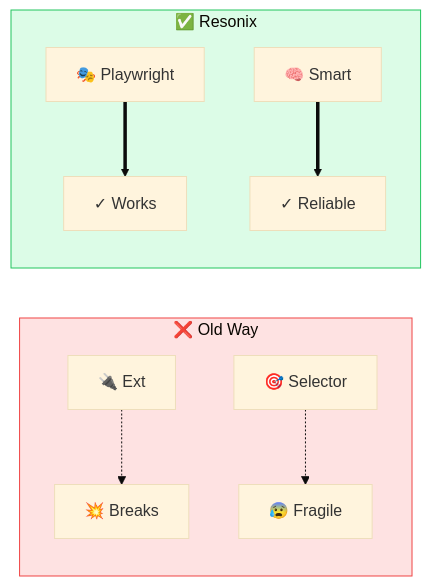
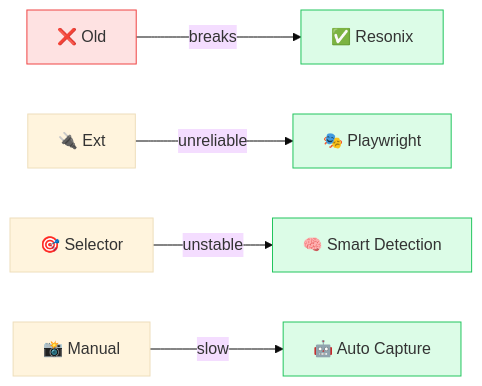
One commit to mangiapanejohn-dev/Resonix-AG changed the third of 5 diagrams in README.md. Above: the diagram before and after it, drawn with Mermaid (base theme). The commit also changed other lines of this file, not shown here.

First line of the commit message:
docs: improve visual design - bigger diagrams, text below, purple theme

````diff
--- a/README.md
+++ b/README.md
@@ -129,13 +92,13 @@
 ```mermaid
 flowchart LR
-    subgraph Old[❌ Old Way]
-        E[🔌 Ext] -.-> B[💥 Breaks]
-        S[🎯 Selector] -.-> F[😰 Fragile]
-    end
-    subgraph New[✅ Resonix]
-        P[🎭 Playwright] ==> W[✓ Works]
-        D[🧠 Smart] ==> R[✓ Reliable]
-    end
-    style Old fill:#fee2e2,stroke:#ef4444
-    style New fill:#dcfce7,stroke:#22c55e
+    OLD[❌ Old] -->|breaks| NEW[✅ Resonix]
+    EXT[🔌 Ext] -->|unreliable| PW[🎭 Playwright]
+    SEL[🎯 Selector] -->|unstable| SMART[🧠 Smart Detection]
+    SS[📸 Manual] -->|slow| AUTO[🤖 Auto Capture]
+
+    style OLD fill:#fee2e2,stroke:#ef4444
+    style NEW fill:#dcfce7,stroke:#22c55e
+    style PW fill:#dcfce7,stroke:#22c55e
+    style SMART fill:#dcfce7,stroke:#22c55e
+    style AUTO fill:#dcfce7,stroke:#22c55e
 ```
````
